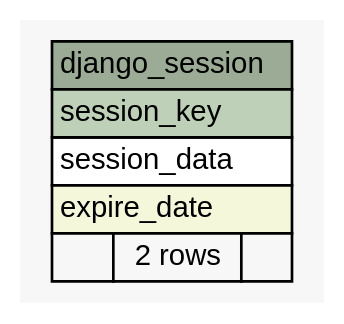
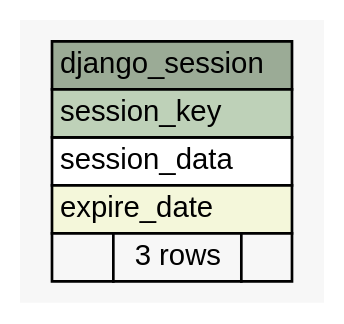
The diagram in database/schema/diagrams/summary/django_session.1degree.dot (jingyayeah/multiscale-galactose), drawn with Graphviz before and after one commit. The commit also changed 79 other files, not shown here.

Commit message:
Optimized queries with select_related and prefatch_related and new database schema overview

```diff
--- a/database/schema/diagrams/summary/django_session.1degree.dot
+++ b/database/schema/diagrams/summary/django_session.1degree.dot
@@ -1,32 +1,32 @@
 // dot 2.36.0 on Linux 3.13.0-43-generic
 // SchemaSpy rev 590
 digraph "django_session" {
   graph [
     rankdir="RL"
     bgcolor="#f7f7f7"
     nodesep="0.18"
     ranksep="0.46"
     fontname="Helvetica"
     fontsize="11"
   ];
   node [
     fontname="Helvetica"
     fontsize="11"
     shape="plaintext"
   ];
   edge [
     arrowsize="0.8"
   ];
   "django_session" [
     label=<
     <TABLE BORDER="0" CELLBORDER="1" CELLSPACING="0" BGCOLOR="#ffffff">
       <TR><TD COLSPAN="3" BGCOLOR="#9bab96" ALIGN="CENTER">django_session</TD></TR>
       <TR><TD PORT="session_key" COLSPAN="3" BGCOLOR="#bed1b8" ALIGN="LEFT">session_key</TD></TR>
       <TR><TD PORT="session_data" COLSPAN="3" ALIGN="LEFT">session_data</TD></TR>
       <TR><TD PORT="expire_date" COLSPAN="3" BGCOLOR="#f4f7da" ALIGN="LEFT">expire_date</TD></TR>
-      <TR><TD ALIGN="LEFT" BGCOLOR="#f7f7f7">  </TD><TD ALIGN="RIGHT" BGCOLOR="#f7f7f7">2 rows</TD><TD ALIGN="RIGHT" BGCOLOR="#f7f7f7">  </TD></TR>
+      <TR><TD ALIGN="LEFT" BGCOLOR="#f7f7f7">  </TD><TD ALIGN="RIGHT" BGCOLOR="#f7f7f7">3 rows</TD><TD ALIGN="RIGHT" BGCOLOR="#f7f7f7">  </TD></TR>
     </TABLE>>
     URL="tables/django_session.html"
     tooltip="django_session"
   ];
 }
```
